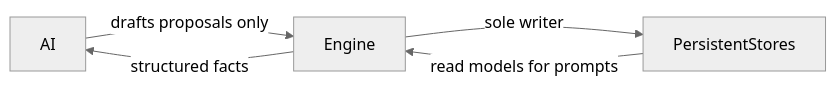
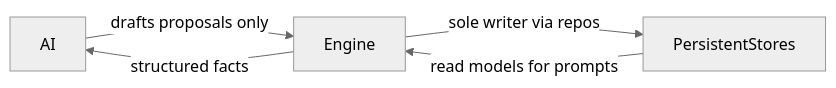
Before and after one commit to benman500/AI-Adventure: the diagram in docs/DATABASE.md, drawn with Mermaid (neutral theme). The commit also changed other lines of this file and 35 other files, not shown here.

````diff
--- a/docs/DATABASE.md
+++ b/docs/DATABASE.md
@@ -42,10 +44,10 @@
 ```mermaid
 flowchart LR
   ai[AI]
   engine[Engine]
   db[PersistentStores]
   ai -->|"drafts proposals only"| engine
-  engine -->|"sole writer"| db
+  engine -->|"sole writer via repos"| db
   db -->|"read models for prompts"| engine
   engine -->|"structured facts"| ai
 ```
````
